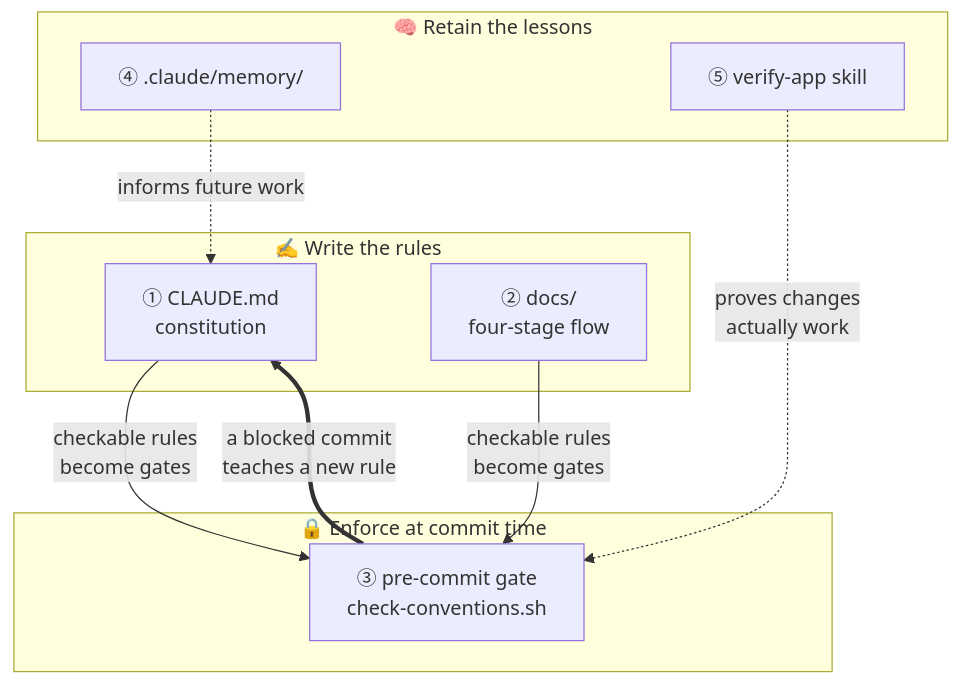
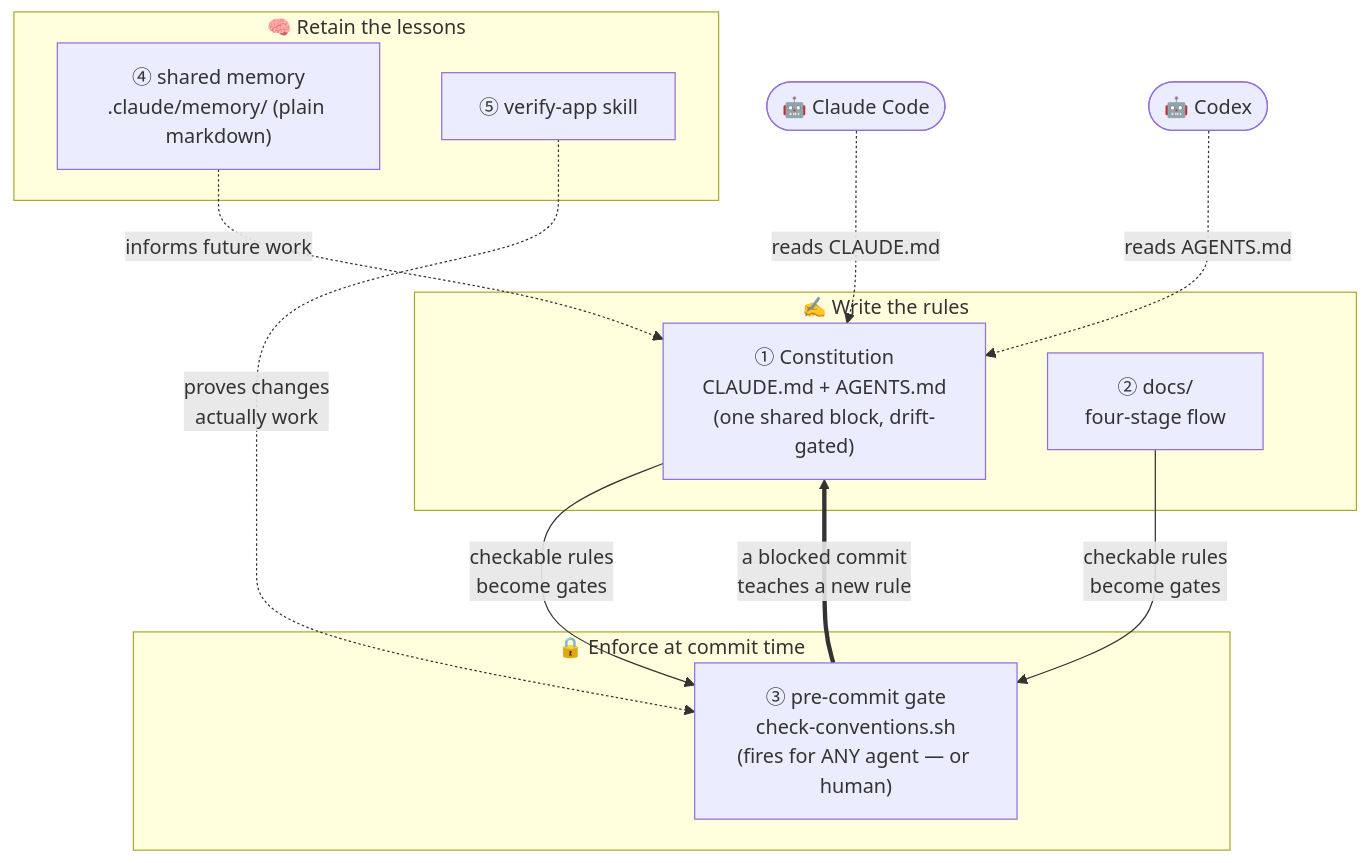
One commit to icurfer/ic-praxis changed the first of 5 diagrams in README.md. Above: the diagram before and after it, drawn with Mermaid. The commit also changed other lines of this file and 1 other file, not shown here.

First line of the commit message:
docs: agent-neutral README diagrams — Codex alongside Claude Code

````diff
--- a/README.md
+++ b/README.md
@@ -69,20 +69,22 @@
 ```mermaid
 flowchart TB
     subgraph WRITE["✍️ Write the rules"]
-        A1["① CLAUDE.md<br/>constitution"]
+        A1["① Constitution<br/>CLAUDE.md + AGENTS.md<br/>(one shared block, drift-gated)"]
         A2["② docs/<br/>four-stage flow"]
     end
     subgraph ENFORCE["🔒 Enforce at commit time"]
-        A3["③ pre-commit gate<br/>check-conventions.sh"]
+        A3["③ pre-commit gate<br/>check-conventions.sh<br/>(fires for ANY agent — or human)"]
     end
     subgraph RETAIN["🧠 Retain the lessons"]
-        A4["④ .claude/memory/"]
+        A4["④ shared memory<br/>.claude/memory/ (plain markdown)"]
         A5["⑤ verify-app skill"]
     end
 
+    CC(["🤖 Claude Code"]) -. "reads CLAUDE.md" .-> A1
+    CX(["🤖 Codex"]) -. "reads AGENTS.md" .-> A1
     A1 -- "checkable rules<br/>become gates" --> A3
     A2 -- "checkable rules<br/>become gates" --> A3
     A3 == "a blocked commit<br/>teaches a new rule" ==> A1
     A4 -. "informs future work" .-> A1
     A5 -. "proves changes<br/>actually work" .-> A3
 ```
````
